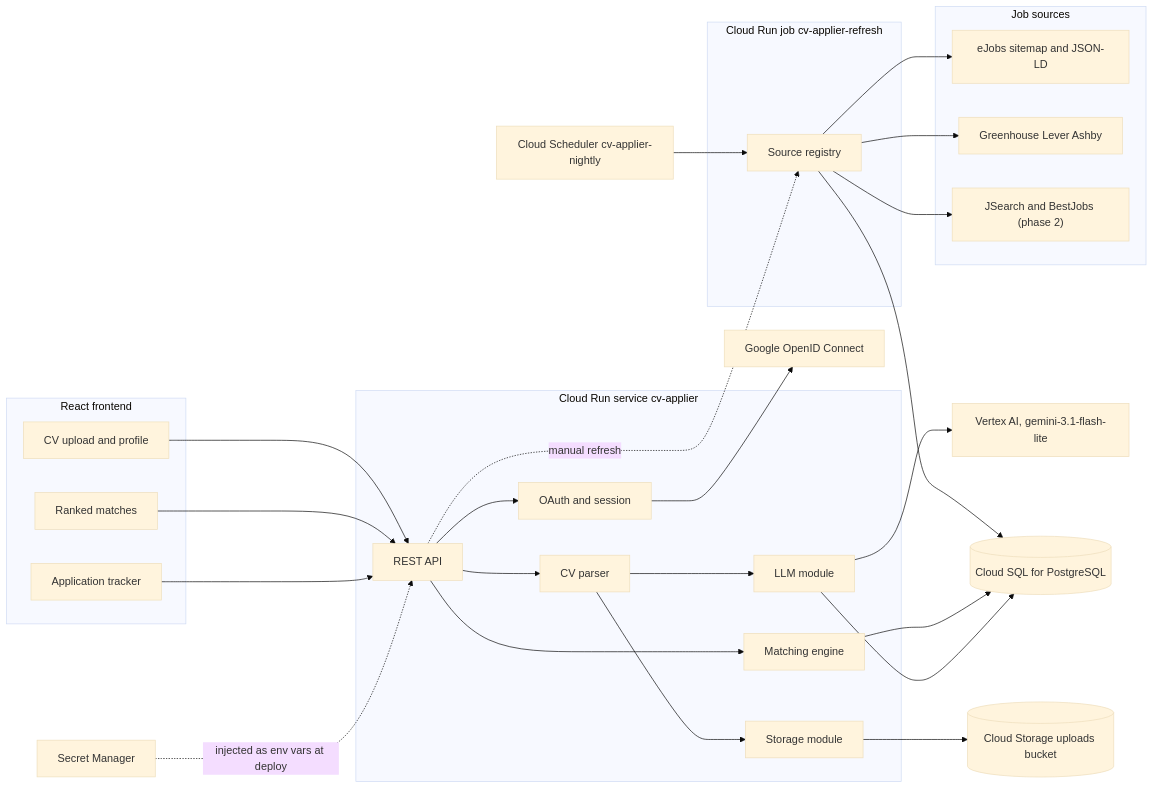
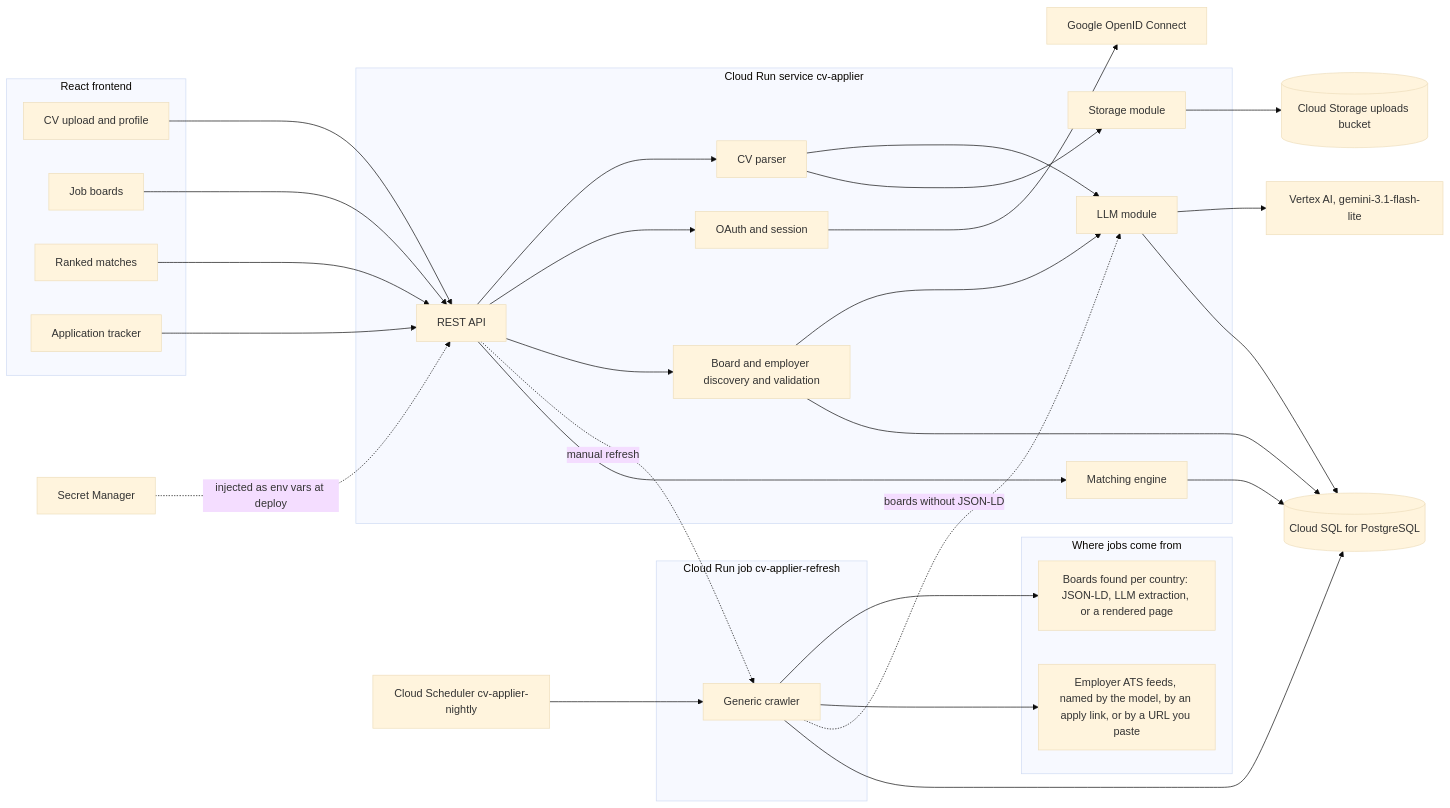
Before and after one commit to CatalinIonescu0922/LazyJobs: the first of 3 diagrams in PLAN.md, drawn with Mermaid (base theme). The commit also changed other lines of this file and 4 other files, not shown here.

````diff
--- a/PLAN.md
+++ b/PLAN.md
@@ -88,45 +200,50 @@
 ```mermaid
 flowchart LR
   subgraph frontend [React frontend]
     Upload[CV upload and profile]
+    SourcesUI[Job boards]
     Matches[Ranked matches]
     Tracker[Application tracker]
   end
   subgraph service [Cloud Run service cv-applier]
     API[REST API]
     Auth[OAuth and session]
     CVParse[CV parser]
     LLM[LLM module]
+    Discover[Board and employer discovery and validation]
     Match[Matching engine]
     Store[Storage module]
   end
   subgraph refresh [Cloud Run job cv-applier-refresh]
-    Fetch[Source registry]
+    Crawl[Generic crawler]
   end
-  subgraph sources [Job sources]
-    EJobs[eJobs sitemap and JSON-LD]
-    ATS[Greenhouse Lever Ashby]
-    Later["JSearch and BestJobs (phase 2)"]
+  subgraph sources [Where jobs come from]
+    Boards["Boards found per country: JSON-LD, LLM extraction, or a rendered page"]
+    Employers["Employer ATS feeds, named by the model, by an apply link, or by a URL you paste"]
   end
   Google[Google OpenID Connect]
   Vertex["Vertex AI, gemini-3.1-flash-lite"]
   Secrets[Secret Manager]
   Sched[Cloud Scheduler cv-applier-nightly]
   DB[(Cloud SQL for PostgreSQL)]
   Bucket[(Cloud Storage uploads bucket)]
 
   Upload --> API --> CVParse --> LLM --> Vertex
   CVParse --> Store --> Bucket
   API --> Auth
   Auth --> Google
-  Sched --> Fetch
-  API -. manual refresh .-> Fetch
-  Fetch --> EJobs & ATS & Later
-  Fetch --> DB
+  SourcesUI --> API --> Discover --> LLM
+  Discover --> DB
+  Sched --> Crawl
+  API -. manual refresh .-> Crawl
+  Crawl --> Boards
+  Crawl --> Employers
+  Crawl -. boards without JSON-LD .-> LLM
+  Crawl --> DB
   Match --> DB
   API --> Match
   Matches --> API
   Tracker --> API
   LLM --> DB
   Secrets -. injected as env vars at deploy .-> API
 ```
````
